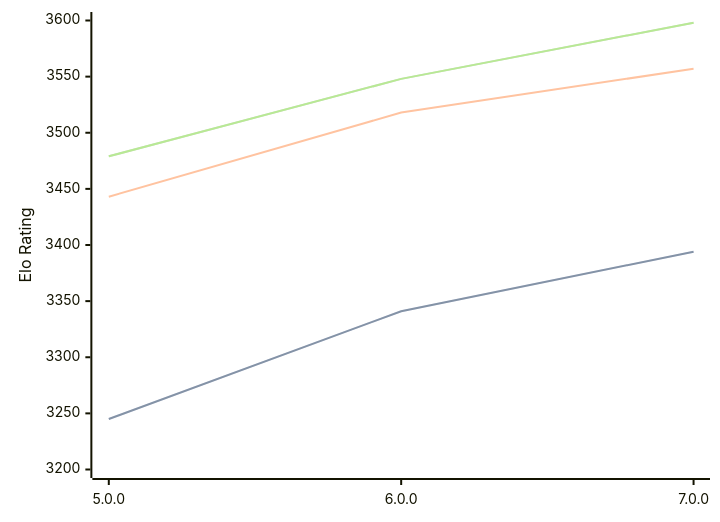
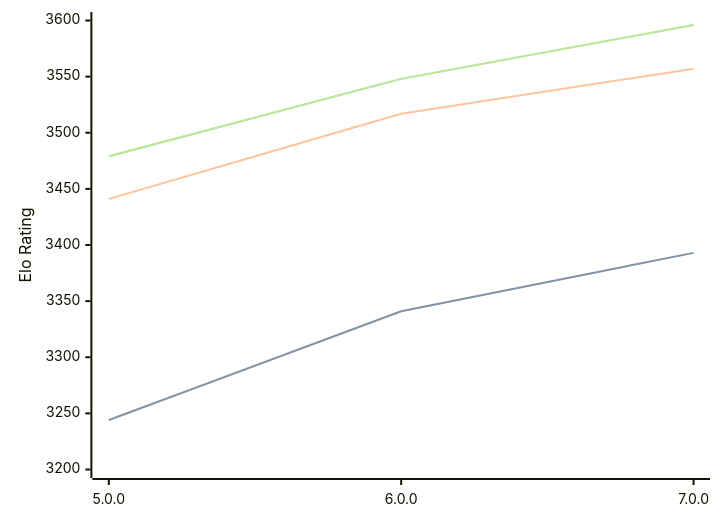
Before and after one commit to computer-chess-index/cci: the diagram in engines/Stormphrax.md, drawn with Mermaid. The commit also changed other lines of this file, not shown here.

Commit message:
Update CCI Ratings (ELO VLTC) - 2026-03-01

````diff
--- a/engines/Stormphrax.md
+++ b/engines/Stormphrax.md
@@ -36,11 +36,11 @@
 ```mermaid
 %%{init: {"theme":"base","themeVariables":{"seriesColors:['#a3a3a3','#222221','#faa371']}}}%%
 xychart-beta
   x-axis ["5.0.0", "6.0.0", "7.0.0"]
   y-axis "Elo Rating" 3200 --> 3600
-  line "STC (8.0+0.08s)" [3245, 3341, 3394]
-  line "STC (8.0+0.08s)" [3245, 3341, 3394]
-  line "LTC (60.0+0.60s)" [3443, 3518, 3557]
-  line "VLTC (2m24s+1.12s)" [3479, 3548, 3598]
-  line "VLTC (2m24s+1.12s)" [3479, 3548, 3598]
+  line "STC (8.0+0.08s)" [3244, 3341, 3393]
+  line "STC (8.0+0.08s)" [3244, 3341, 3393]
+  line "LTC (60.0+0.60s)" [3441, 3517, 3557]
+  line "VLTC (2m24s+1.12s)" [3479, 3548, 3596]
+  line "VLTC (2m24s+1.12s)" [3479, 3548, 3596]
 ```
````
